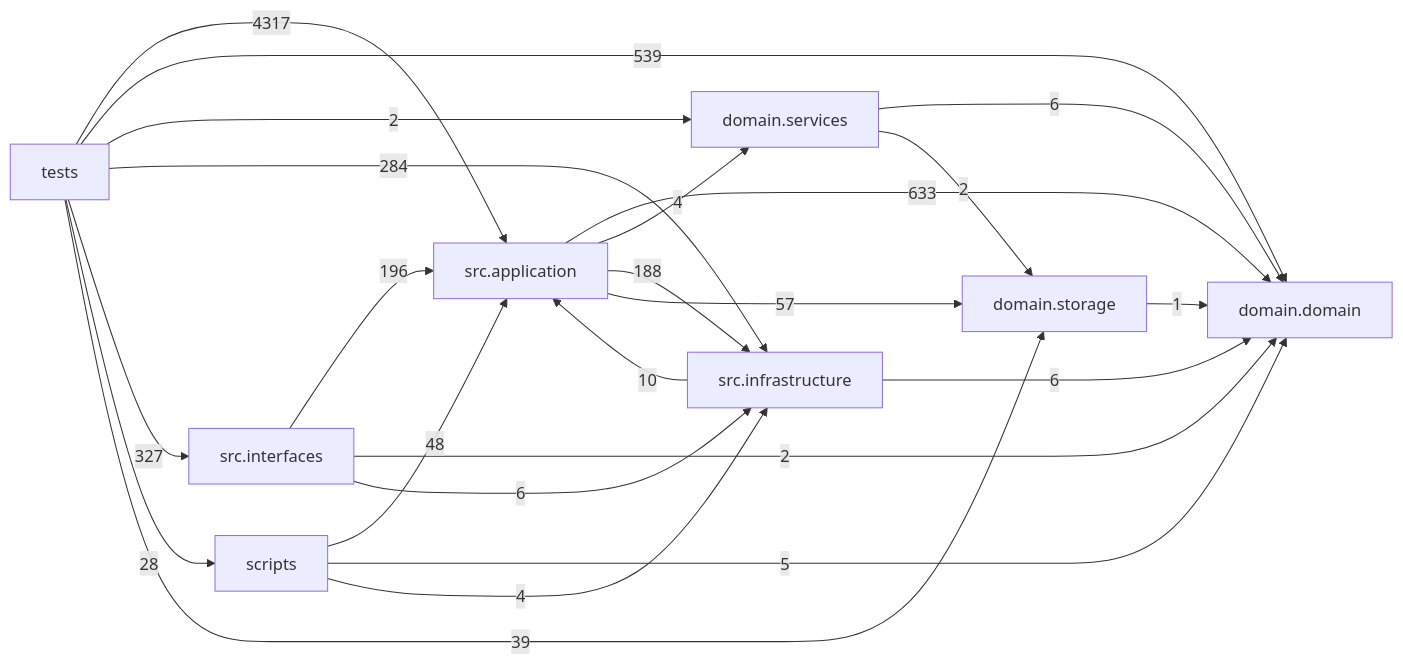
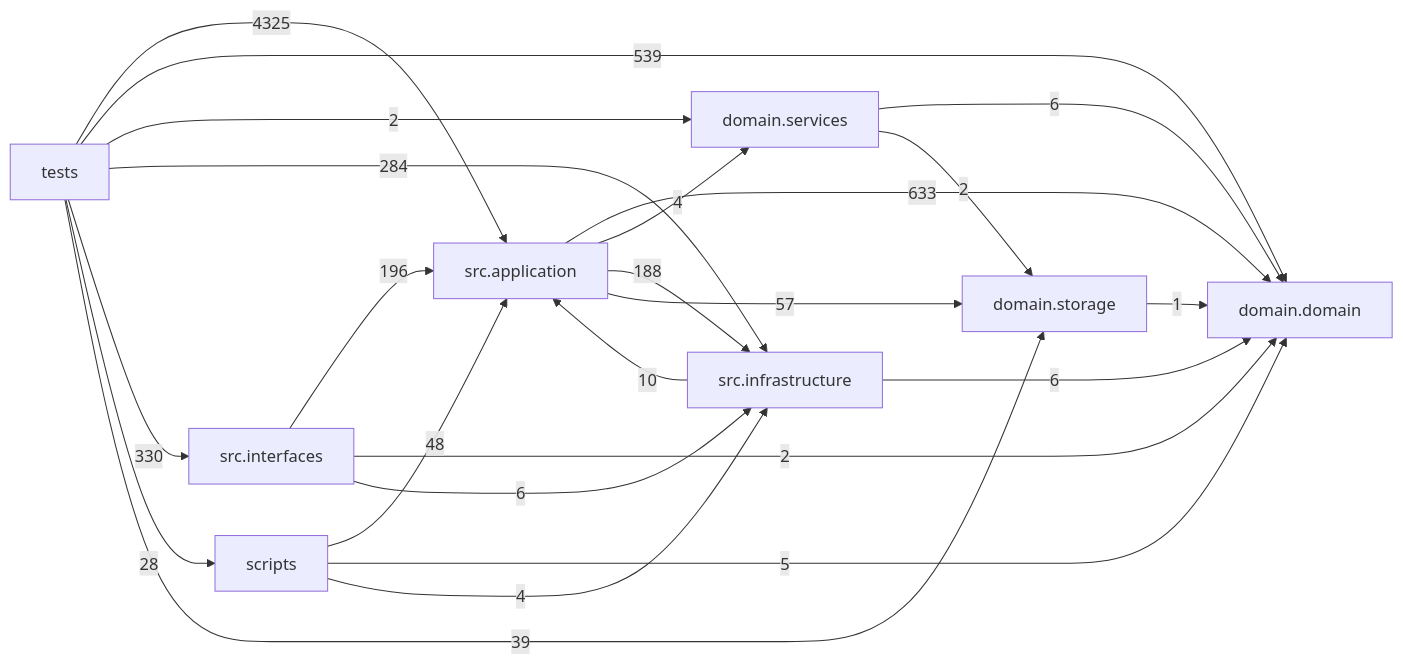
The diagram in docs/DEPENDENCY_GRAPH.md (liuxie066/options-monitor), drawn with Mermaid before and after one commit. The commit also changed other lines of this file and 5 other files, not shown here.

````diff
--- a/docs/DEPENDENCY_GRAPH.md
+++ b/docs/DEPENDENCY_GRAPH.md
@@ -24,33 +24,33 @@
 ```mermaid
 flowchart LR
   tests["tests"]
   scripts["scripts"]
   interfaces["src.interfaces"]
   application["src.application"]
   infrastructure["src.infrastructure"]
   domain_services["domain.services"]
   domain["domain.domain"]
   storage["domain.storage"]
   application -->|633| domain
   application -->|4| domain_services
   application -->|188| infrastructure
   application -->|57| storage
   domain_services -->|6| domain
   domain_services -->|2| storage
   infrastructure -->|10| application
   infrastructure -->|6| domain
   interfaces -->|196| application
   interfaces -->|2| domain
   interfaces -->|6| infrastructure
   scripts -->|48| application
   scripts -->|5| domain
   scripts -->|4| infrastructure
   storage -->|1| domain
-  tests -->|4317| application
+  tests -->|4325| application
   tests -->|539| domain
   tests -->|2| domain_services
   tests -->|284| infrastructure
-  tests -->|327| interfaces
+  tests -->|330| interfaces
   tests -->|28| scripts
   tests -->|39| storage
 ```
````
